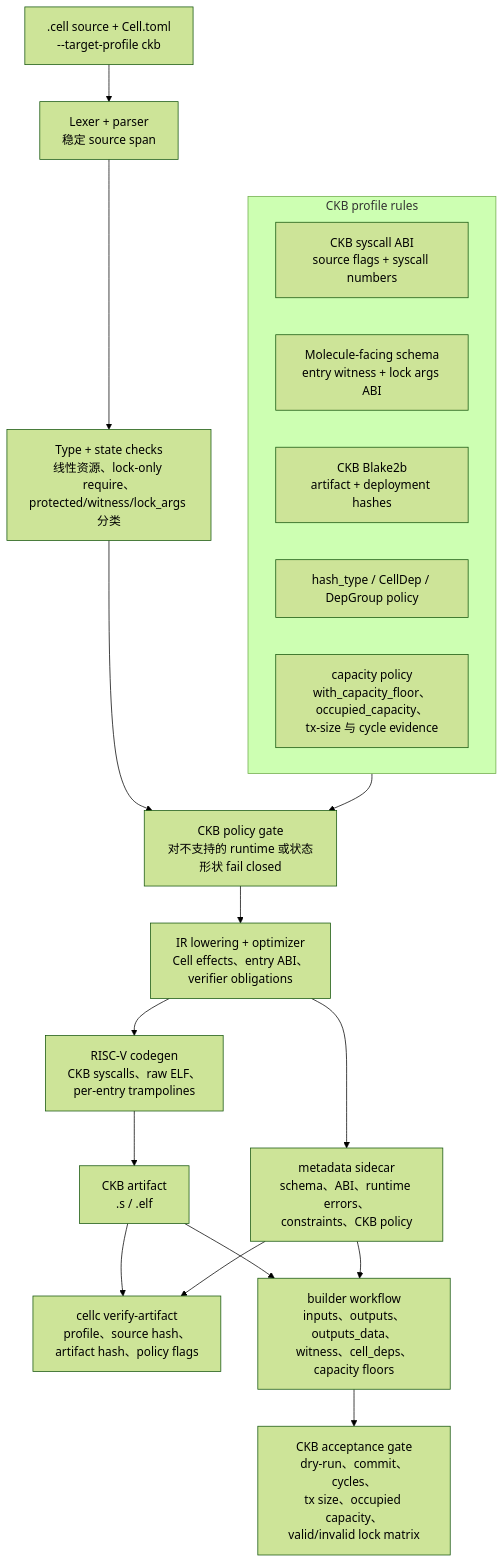
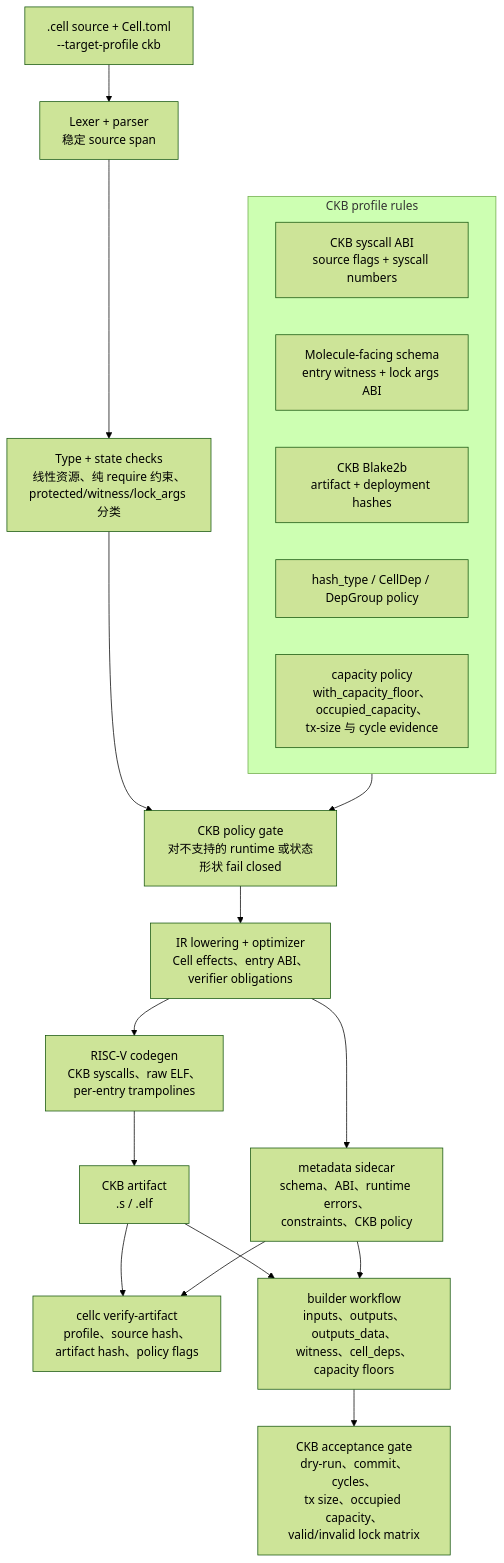
One commit to CellScript-Labs/CellScript changed the second of 2 diagrams in README_CH.md. Above: the diagram before and after it, drawn with Mermaid (forest theme). The commit also changed other lines of this file and 18 other files, not shown here.

````diff
--- a/README_CH.md
+++ b/README_CH.md
@@ -404,27 +407,27 @@
 ```mermaid
 flowchart TB
     Source[".cell source + Cell.toml\n--target-profile ckb"] --> Frontend["Lexer + parser\n稳定 source span"]
-    Frontend --> Semantics["Type + state checks\n线性资源、lock-only require、\nprotected/witness/lock_args 分类"]
+    Frontend --> Semantics["Type + state checks\n线性资源、纯 require 约束、\nprotected/witness/lock_args 分类"]
     Semantics --> Policy["CKB policy gate\n对不支持的 runtime 或状态形状 fail closed"]
 
     subgraph Rules["CKB profile rules"]
         R1["CKB syscall ABI\nsource flags + syscall numbers"]
         R2["Molecule-facing schema\nentry witness + lock args ABI"]
         R3["CKB Blake2b\nartifact + deployment hashes"]
         R4["hash_type / CellDep / DepGroup policy"]
         R5["capacity policy\nwith_capacity_floor、occupied_capacity、\ntx-size 与 cycle evidence"]
     end
 
     Rules --> Policy
     Policy --> IR["IR lowering + optimizer\nCell effects、entry ABI、\nverifier obligations"]
     IR --> Metadata["metadata sidecar\nschema、ABI、runtime errors、\nconstraints、CKB policy"]
     IR --> Codegen["RISC-V codegen\nCKB syscalls、raw ELF、\nper-entry trampolines"]
     Codegen --> Artifact["CKB artifact\n.s / .elf"]
 
     Artifact --> Verify["cellc verify-artifact\nprofile、source hash、\nartifact hash、policy flags"]
     Metadata --> Verify
 
     Artifact --> Builder["builder workflow\ninputs、outputs、outputs_data、\nwitness、cell_deps、capacity floors"]
     Metadata --> Builder
     Builder --> Acceptance["CKB acceptance gate\ndry-run、commit、cycles、\ntx size、occupied capacity、\nvalid/invalid lock matrix"]
 ```
````
